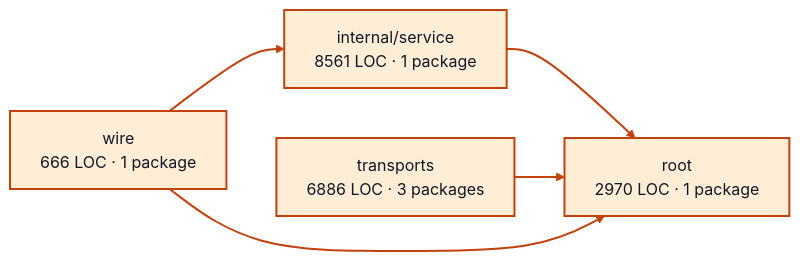
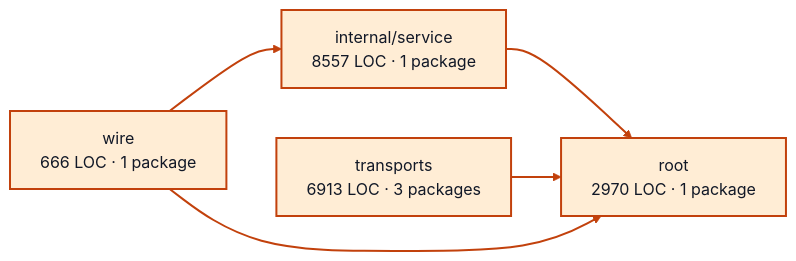
The diagram in docs/architecture/visualizations/services/worker_sessions.md (portpowered/you-agent-factory), drawn with Mermaid (neutral theme) before and after one commit. The commit also changed other lines of this file and 20 other files, not shown here.

Commit message:
docs: refresh backend architecture visualizations

````diff
--- a/docs/architecture/visualizations/services/worker_sessions.md
+++ b/docs/architecture/visualizations/services/worker_sessions.md
@@ -11,16 +11,16 @@
 ```mermaid
 flowchart LR
-  p0["internal/service<br/>8561 LOC · 1 package"]
+  p0["internal/service<br/>8557 LOC · 1 package"]
   p1["root<br/>2970 LOC · 1 package"]
-  p2["transports<br/>6886 LOC · 3 packages"]
+  p2["transports<br/>6913 LOC · 3 packages"]
   p3["wire<br/>666 LOC · 1 package"]
   p0 --> p1
   p2 --> p1
   p3 --> p0
   p3 --> p1
   style p0 fill:#ffedd5,stroke:#c2410c,stroke-width:2px,color:#111827
   style p1 fill:#ffedd5,stroke:#c2410c,stroke-width:2px,color:#111827
   style p2 fill:#ffedd5,stroke:#c2410c,stroke-width:2px,color:#111827
   style p3 fill:#ffedd5,stroke:#c2410c,stroke-width:2px,color:#111827
   linkStyle default stroke:#c2410c,stroke-width:2px
 ```
````
